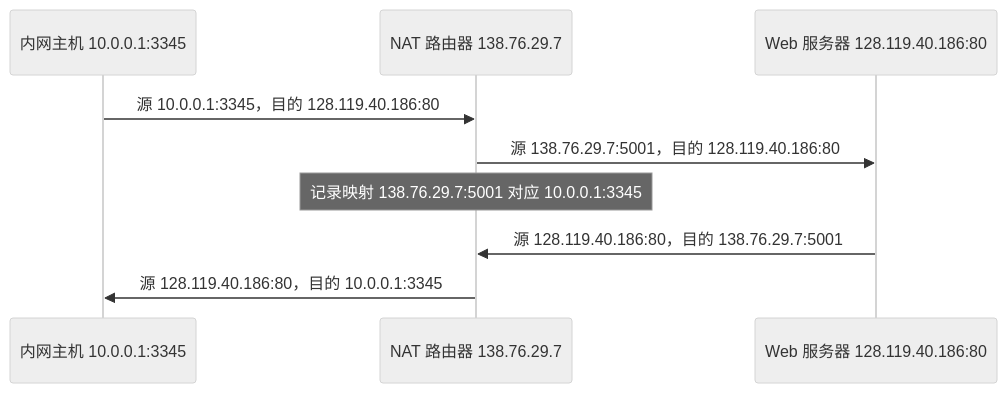
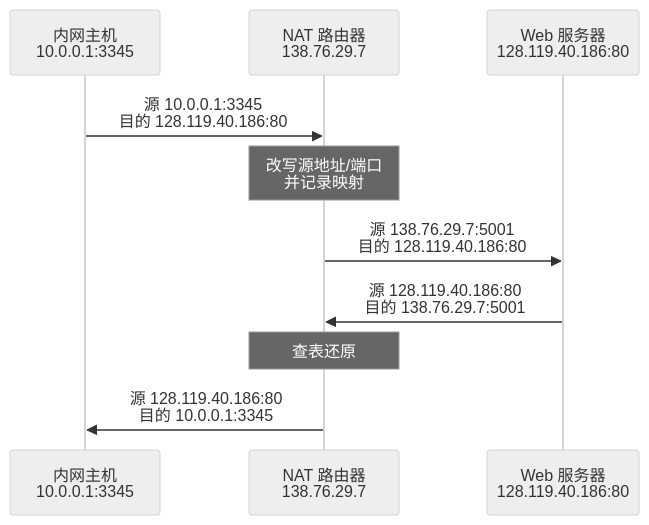
One commit to Meer-Matze/Meer-Matze.github.io changed the sixth of 9 diagrams in src/content/posts/网络层：数据平面.md. Above: the diagram before and after it, drawn with Mermaid (neutral theme). The commit also changed other lines of this file, not shown here.

````diff
--- a/src/content/posts/网络层：数据平面.md
+++ b/src/content/posts/网络层：数据平面.md
@@ -481,11 +732,13 @@
 ```mermaid
 sequenceDiagram
-    participant H as 内网主机 10.0.0.1:3345
-    participant N as NAT 路由器 138.76.29.7
-    participant W as Web 服务器 128.119.40.186:80
-    H->>N: 源 10.0.0.1:3345，目的 128.119.40.186:80
-    N->>W: 源 138.76.29.7:5001，目的 128.119.40.186:80
-    Note over N: 记录映射 138.76.29.7:5001 对应 10.0.0.1:3345
-    W->>N: 源 128.119.40.186:80，目的 138.76.29.7:5001
-    N->>H: 源 128.119.40.186:80，目的 10.0.0.1:3345
+    participant H as 内网主机<br>10.0.0.1:3345
+    participant N as NAT 路由器<br>138.76.29.7
+    participant W as Web 服务器<br>128.119.40.186:80
+
+    H->>N: 源 10.0.0.1:3345<br>目的 128.119.40.186:80
+    Note over N: 改写源地址/端口<br>并记录映射
+    N->>W: 源 138.76.29.7:5001<br>目的 128.119.40.186:80
+    W->>N: 源 128.119.40.186:80<br>目的 138.76.29.7:5001
+    Note over N: 查表还原
+    N->>H: 源 128.119.40.186:80<br>目的 10.0.0.1:3345
 ```
````
